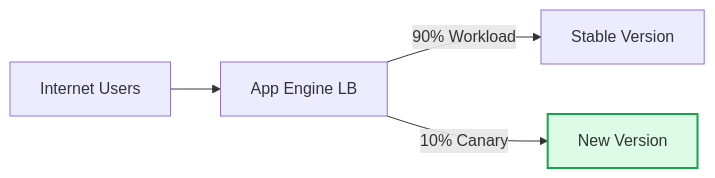
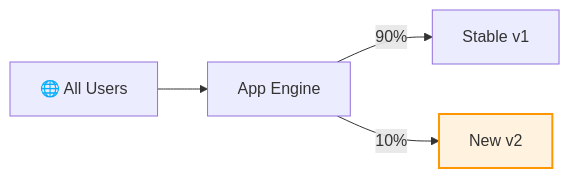
Before and after one commit to jyothivempa/gcp-study-plan: the third of 3 diagrams in curriculum/content/section_12_app_engine.md, drawn with Mermaid. The commit also changed other lines of this file and 84 other files, not shown here.

````diff
--- a/curriculum/content/section_12_app_engine.md
+++ b/curriculum/content/section_12_app_engine.md
@@ -63,8 +115,8 @@
 ```mermaid
-graph LR
-    U[Internet Users] --> LB[App Engine LB]
-    LB -- "90% Workload" --> V1[Stable Version]
-    LB -- "10% Canary" --> V2[New Version]
+flowchart LR
+    USERS[🌐 All Users] --> GAE[App Engine]
+    GAE -->|90%| V1[Stable v1]
+    GAE -->|10%| V2[New v2]
     
-    style V2 fill:#dcfce7,stroke:#16a34a,stroke-width:2px
+    style V2 fill:#fff3e0,stroke:#ff9800,stroke-width:2px
 ```
````
